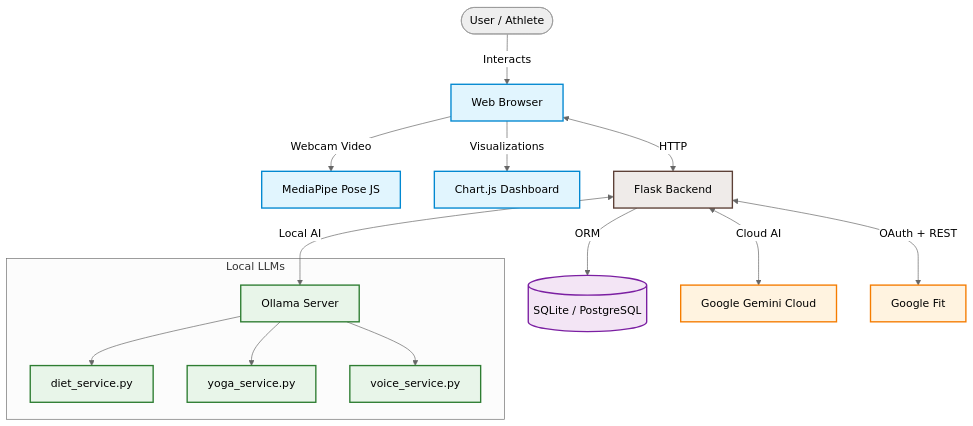
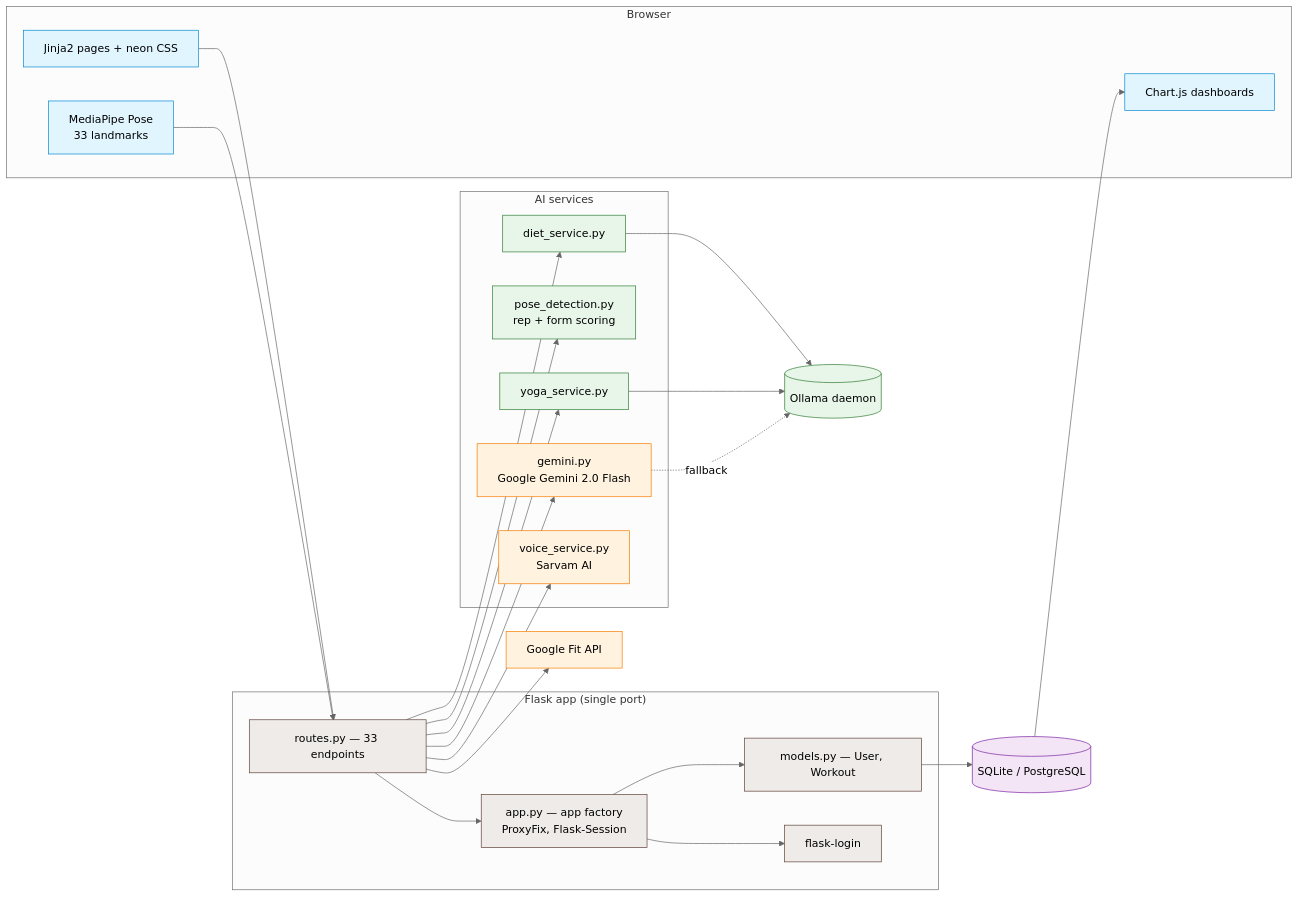
Before and after one commit to rishabhverma007/VISION-FIT-AI: the second of 4 diagrams in README.md, drawn with Mermaid (neutral theme). The commit also changed other lines of this file and 11 other files, not shown here.

First line of the commit message:
docs: rewrite README with real screenshots, diagrams and accurate reference

````diff
--- a/README.md
+++ b/README.md
@@ -221,31 +183,47 @@
 ```mermaid
-graph TD
-    classDef client fill:#e1f5fe,stroke:#0288d1,stroke-width:2px;
-    classDef server fill:#efebe9,stroke:#5d4037,stroke-width:2px;
-    classDef localAI fill:#e8f5e9,stroke:#2e7d32,stroke-width:2px;
-    classDef cloud fill:#fff3e0,stroke:#f57c00,stroke-width:2px;
-    classDef db fill:#f3e5f5,stroke:#7b1fa2,stroke-width:2px;
+graph LR
+    classDef client fill:#e1f5fe,stroke:#0288d1,stroke-width:1px;
+    classDef server fill:#efebe9,stroke:#5d4037,stroke-width:1px;
+    classDef local fill:#e8f5e9,stroke:#2e7d32,stroke-width:1px;
+    classDef cloud fill:#fff3e0,stroke:#f57c00,stroke-width:1px;
+    classDef data fill:#f3e5f5,stroke:#7b1fa2,stroke-width:1px;
 
-    User([User / Athlete]) -->|Interacts| Browser[Web Browser]
-    Browser -->|Webcam Video| MP[MediaPipe Pose JS]
-    Browser -->|Visualizations| ChartJS[Chart.js Dashboard]
-
-    Browser <-->|HTTP| Flask[Flask Backend]
-    Flask -->|ORM| DB[(SQLite / PostgreSQL)]
-
-    Flask <-->|Local AI| Ollama[Ollama Server]
-    subgraph Local LLMs
-        Ollama --> Diet[diet_service.py]
-        Ollama --> Yoga[yoga_service.py]
-        Ollama --> Voice[voice_service.py]
+    subgraph Browser
+        UI[Jinja2 pages + neon CSS]:::client
+        MP[MediaPipe Pose<br/>33 landmarks]:::client
+        CH[Chart.js dashboards]:::client
     end
 
-    Flask <-->|Cloud AI| Gemini[Google Gemini Cloud]
-    Flask <-->|OAuth + REST| GoogleFit[Google Fit]
+    subgraph "Flask app (single port)"
+        APP[app.py — app factory<br/>ProxyFix, Flask-Session]:::server
+        RT[routes.py — 33 endpoints]:::server
+        MOD[models.py — User, Workout]:::server
+        AUTH[flask-login]:::server
+    end
 
-    class Browser,MP,ChartJS client;
-    class Flask server;
-    class Ollama,Diet,Yoga,Voice localAI;
-    class Gemini,GoogleFit cloud;
-    class DB db;
+    subgraph "AI services"
+        GEM[gemini.py<br/>Google Gemini 2.0 Flash]:::cloud
+        POSE[pose_detection.py<br/>rep + form scoring]:::local
+        DIET[diet_service.py]:::local
+        YOGA[yoga_service.py]:::local
+        VOICE[voice_service.py<br/>Sarvam AI]:::cloud
+    end
+
+    OLL[(Ollama daemon)]:::local
+    DB[(SQLite / PostgreSQL)]:::data
+    FIT[Google Fit API]:::cloud
+
+    UI --> RT
+    MP --> RT
+    RT --> APP
+    APP --> MOD --> DB
+    APP --> AUTH
+    RT --> GEM
+    RT --> POSE
+    RT --> DIET --> OLL
+    RT --> YOGA --> OLL
+    RT --> VOICE
+    GEM -. fallback .-> OLL
+    RT --> FIT
+    DB --> CH
 ```
````
